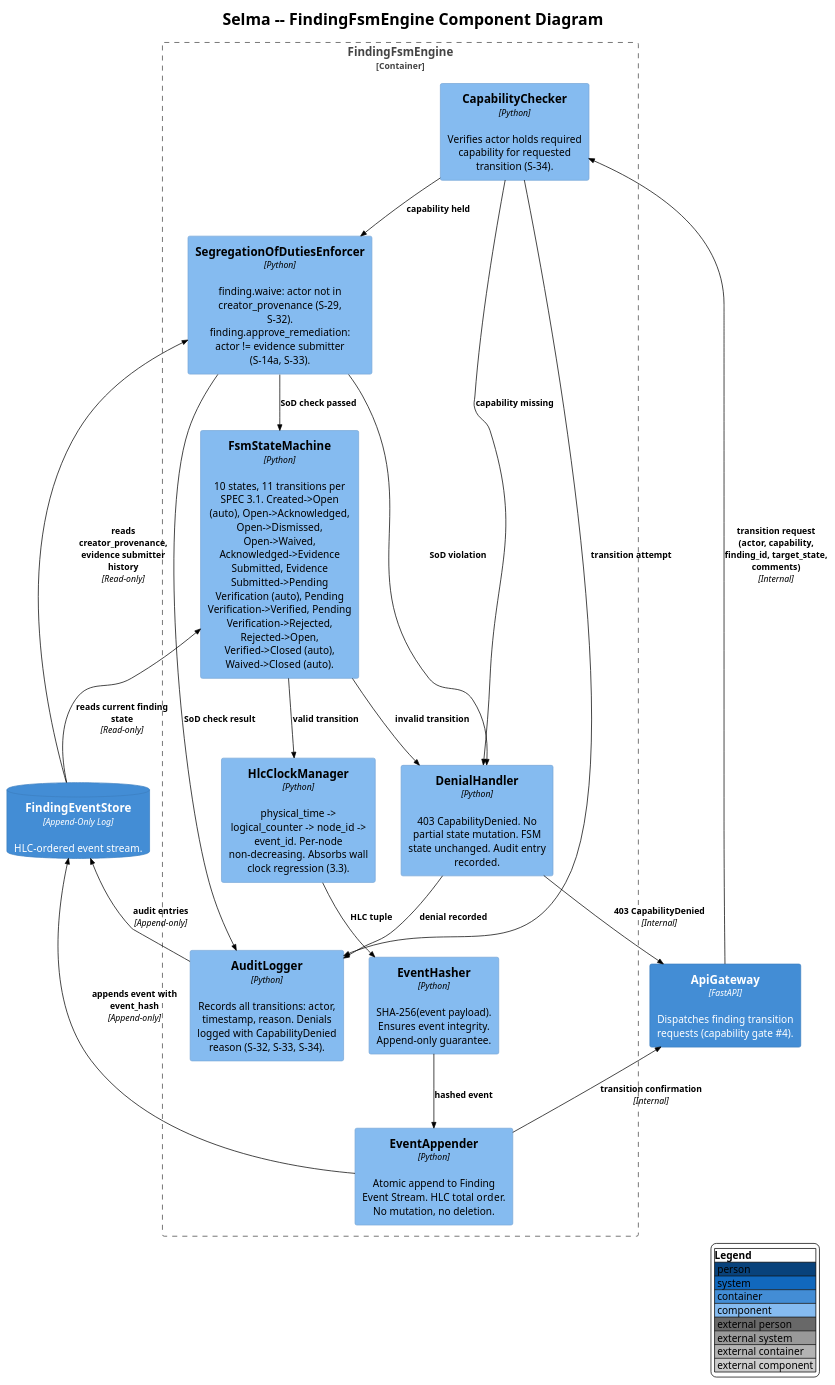
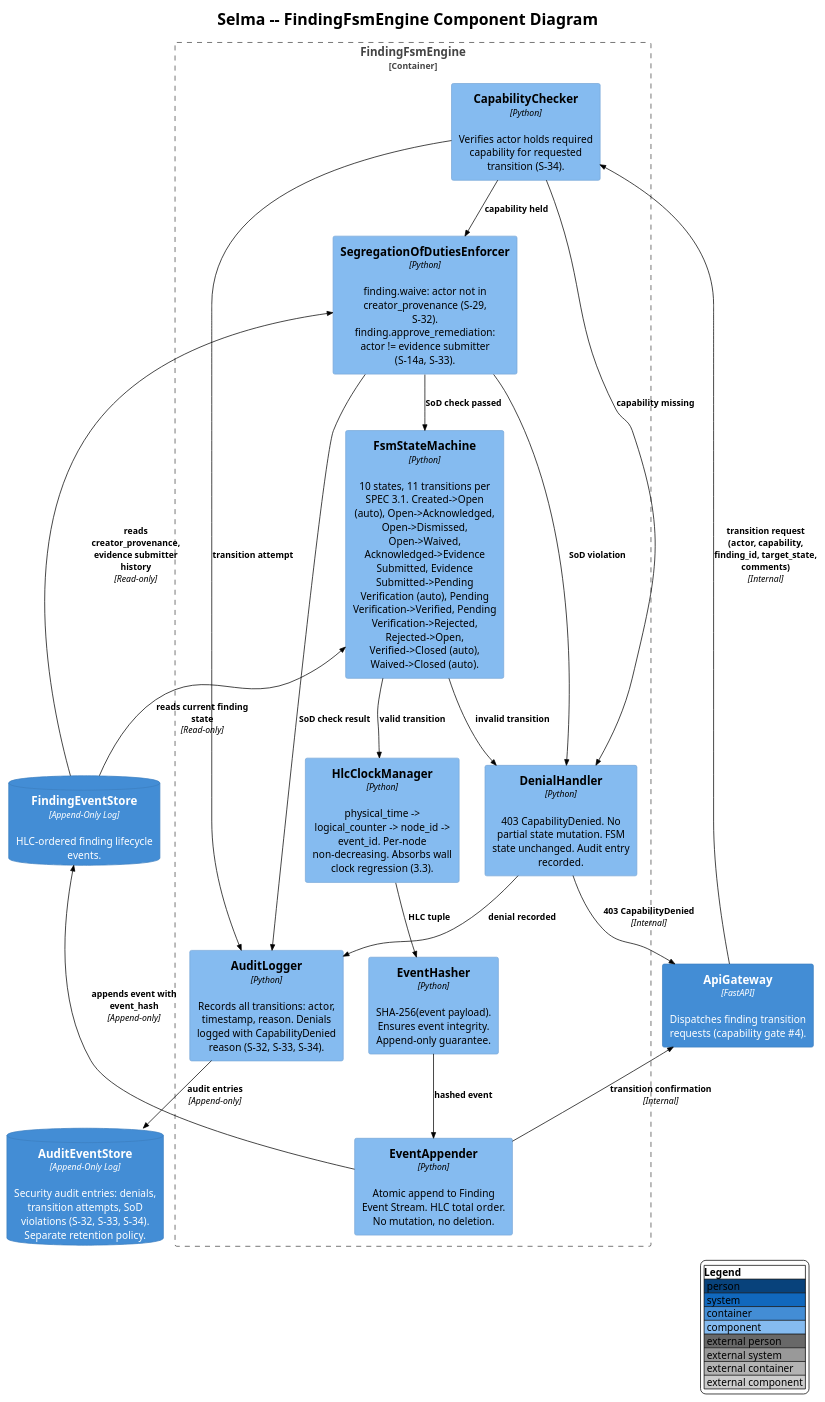
The diagram in docs/C4-Design/c4_selma_component_finding.puml (salimnamvar/selma), drawn with PlantUML before and after one commit. The commit also changed 4 other files, not shown here.

Commit message:
docs(C4-Design): Update diagrams to version 2.2.0, enhance component details, and clarify audit entries

```diff
--- a/docs/C4-Design/c4_selma_component_finding.puml
+++ b/docs/C4-Design/c4_selma_component_finding.puml
@@ -11,46 +11,47 @@
 @startuml
 !include https://raw.githubusercontent.com/plantuml-stdlib/C4-PlantUML/v2.13.0/C4_Component.puml
 !theme plain
 
 LAYOUT_WITH_LEGEND()
 
 title Selma -- FindingFsmEngine Component Diagram
 
 Container_Boundary(fsm, "FindingFsmEngine") {
     Component(capability_checker, "CapabilityChecker", "Python", "Verifies actor holds required capability for requested transition (S-34).")
     Component(sod_enforcer, "SegregationOfDutiesEnforcer", "Python", "finding.waive: actor not in creator_provenance (S-29, S-32). finding.approve_remediation: actor != evidence submitter (S-14a, S-33).")
     Component(fsm_state_machine, "FsmStateMachine", "Python", "10 states, 11 transitions per SPEC 3.1. Created->Open (auto), Open->Acknowledged, Open->Dismissed, Open->Waived, Acknowledged->Evidence Submitted, Evidence Submitted->Pending Verification (auto), Pending Verification->Verified, Pending Verification->Rejected, Rejected->Open, Verified->Closed (auto), Waived->Closed (auto).")
     Component(hlc_clock, "HlcClockManager", "Python", "physical_time -> logical_counter -> node_id -> event_id. Per-node non-decreasing. Absorbs wall clock regression (3.3).")
     Component(event_hasher, "EventHasher", "Python", "SHA-256(event payload). Ensures event integrity. Append-only guarantee.")
     Component(event_appender, "EventAppender", "Python", "Atomic append to Finding Event Stream. HLC total order. No mutation, no deletion.")
     Component(audit_logger, "AuditLogger", "Python", "Records all transitions: actor, timestamp, reason. Denials logged with CapabilityDenied reason (S-32, S-33, S-34).")
     Component(denial_handler, "DenialHandler", "Python", "403 CapabilityDenied. No partial state mutation. FSM state unchanged. Audit entry recorded.")
 }
 
 Container(api_gateway_ext, "ApiGateway", "FastAPI", "Dispatches finding transition requests (capability gate #4).")
-ContainerDb(finding_event_store, "FindingEventStore", "Append-Only Log", "HLC-ordered event stream.")
+ContainerDb(finding_event_store, "FindingEventStore", "Append-Only Log", "HLC-ordered finding lifecycle events.")
+ContainerDb(audit_event_store, "AuditEventStore", "Append-Only Log", "Security audit entries: denials, transition attempts, SoD violations (S-32, S-33, S-34). Separate retention policy.")
 
 Rel(api_gateway_ext, capability_checker, "transition request (actor, capability, finding_id, target_state, comments)", "Internal")
 Rel(capability_checker, sod_enforcer, "capability held")
 Rel(capability_checker, denial_handler, "capability missing")
 Rel(sod_enforcer, fsm_state_machine, "SoD check passed")
 Rel(sod_enforcer, denial_handler, "SoD violation")
 Rel(fsm_state_machine, hlc_clock, "valid transition")
 Rel(fsm_state_machine, denial_handler, "invalid transition")
 Rel(hlc_clock, event_hasher, "HLC tuple")
 Rel(event_hasher, event_appender, "hashed event")
 Rel(event_appender, finding_event_store, "appends event with event_hash", "Append-only")
 Rel(event_appender, api_gateway_ext, "transition confirmation", "Internal")
 
 Rel(capability_checker, audit_logger, "transition attempt")
 Rel(sod_enforcer, audit_logger, "SoD check result")
 Rel(denial_handler, audit_logger, "denial recorded")
 Rel(denial_handler, api_gateway_ext, "403 CapabilityDenied", "Internal")
-Rel(audit_logger, finding_event_store, "audit entries", "Append-only")
+Rel(audit_logger, audit_event_store, "audit entries", "Append-only")
 
 Rel(finding_event_store, fsm_state_machine, "reads current finding state", "Read-only")
 Rel(finding_event_store, sod_enforcer, "reads creator_provenance, evidence submitter history", "Read-only")
 
 denial_handler -[hidden]right- finding_event_store
 
 @enduml
```
